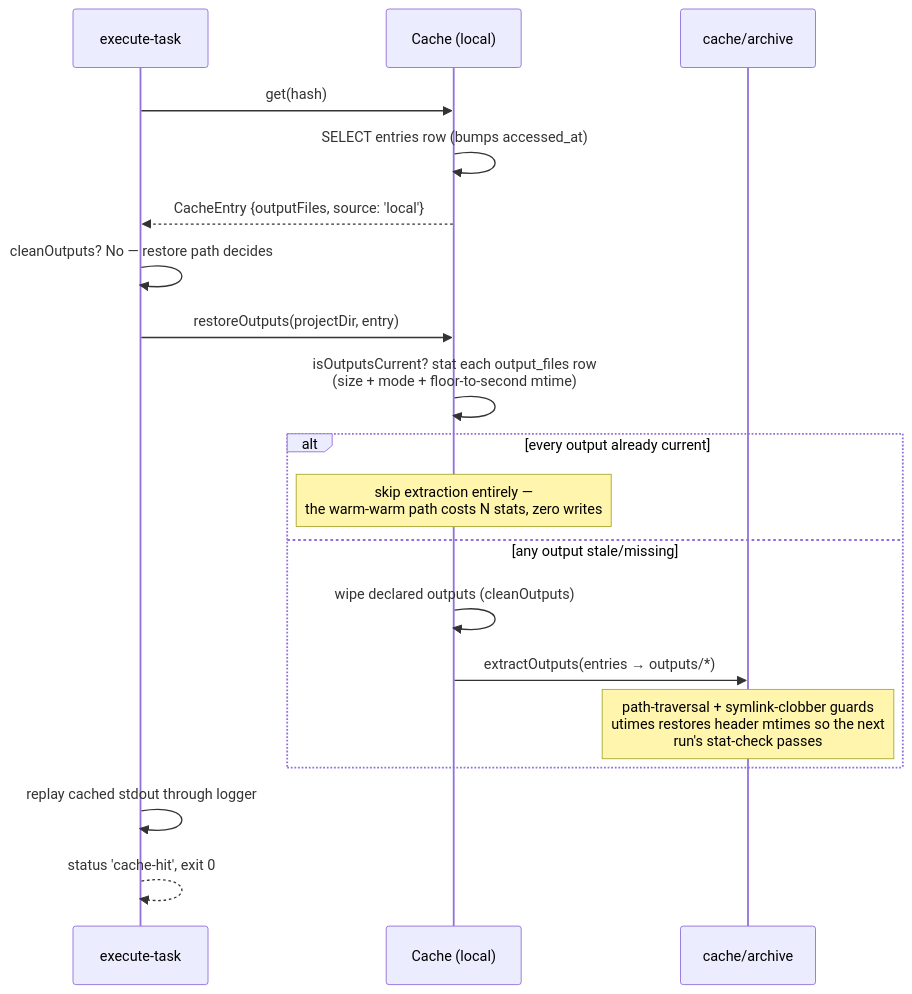
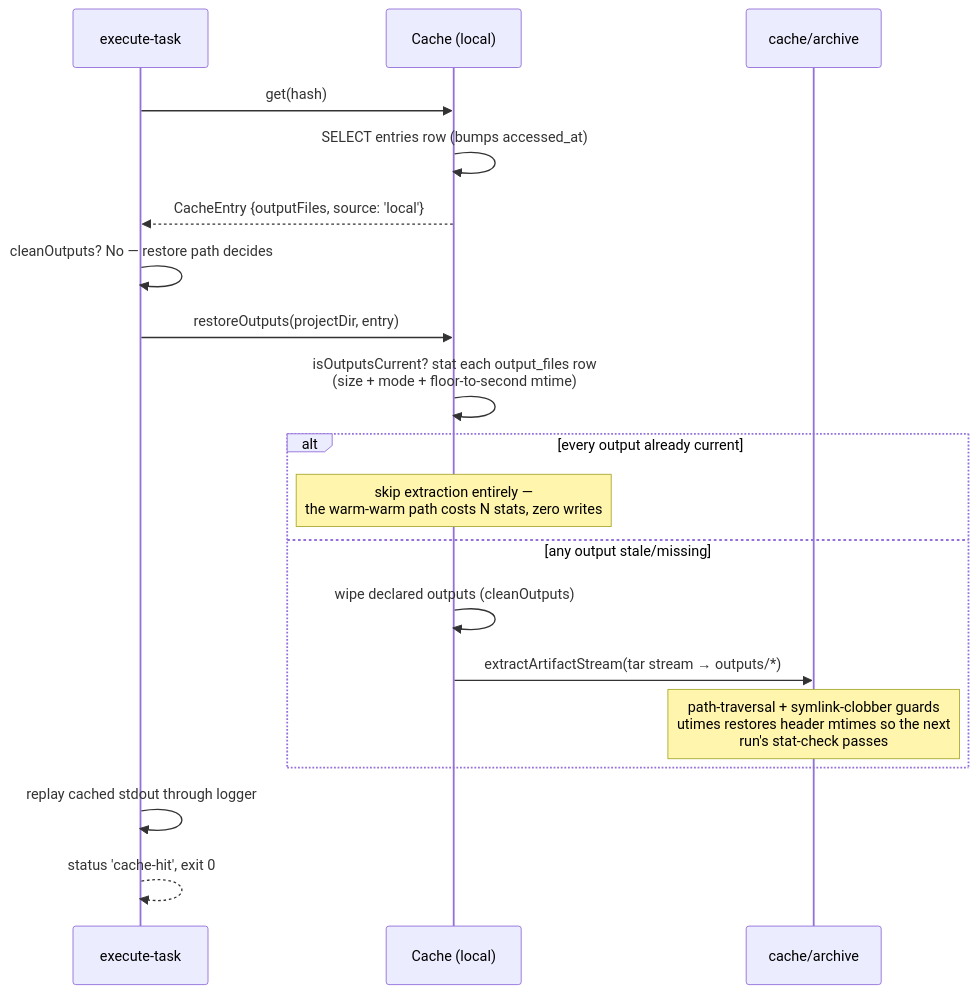
The second of 10 diagrams in docs/flows.md (vznjs/vx), drawn with Mermaid before and after one commit. The commit also changed other lines of this file and 12 other files, not shown here.

````diff
--- a/docs/flows.md
+++ b/docs/flows.md
@@ -50,22 +50,22 @@
 ```mermaid
 sequenceDiagram
     participant X as execute-task
     participant C as Cache (local)
     participant T as cache/archive
 
     X->>C: get(hash)
     C->>C: SELECT entries row (bumps accessed_at)
     C-->>X: CacheEntry {outputFiles, source: 'local'}
     X->>X: cleanOutputs? No — restore path decides
     X->>C: restoreOutputs(projectDir, entry)
     C->>C: isOutputsCurrent? stat each output_files row<br/>(size + mode + floor-to-second mtime)
     alt every output already current
         Note over C: skip extraction entirely —<br/>the warm-warm path costs N stats, zero writes
     else any output stale/missing
         C->>C: wipe declared outputs (cleanOutputs)
-        C->>T: extractOutputs(entries → outputs/*)
+        C->>T: extractArtifactStream(tar stream → outputs/*)
         Note over T: path-traversal + symlink-clobber guards<br/>utimes restores header mtimes so the next<br/>run's stat-check passes
     end
     X->>X: replay cached stdout through logger
     X-->>X: status 'cache-hit', exit 0
 ```
````
